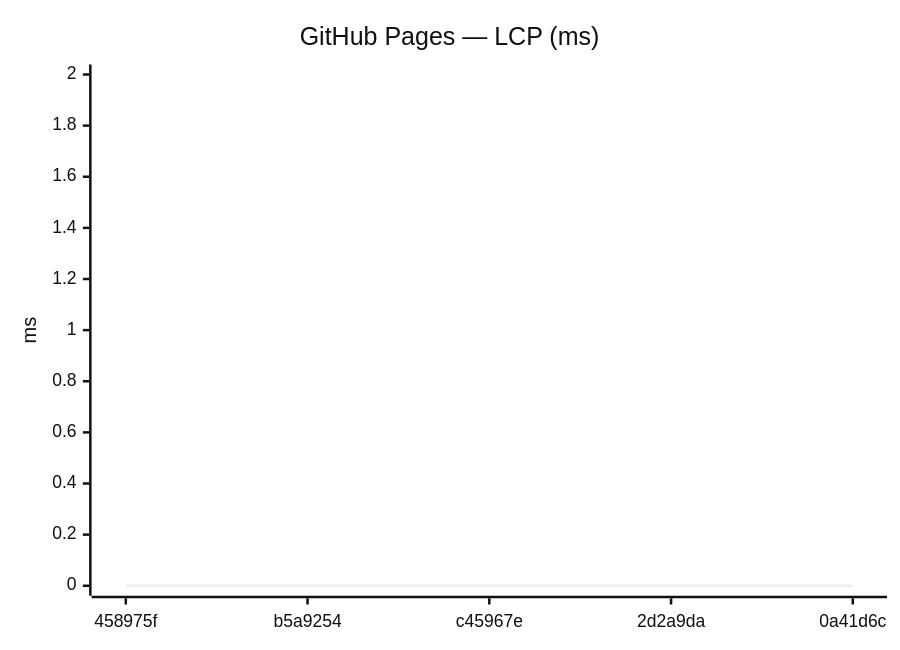
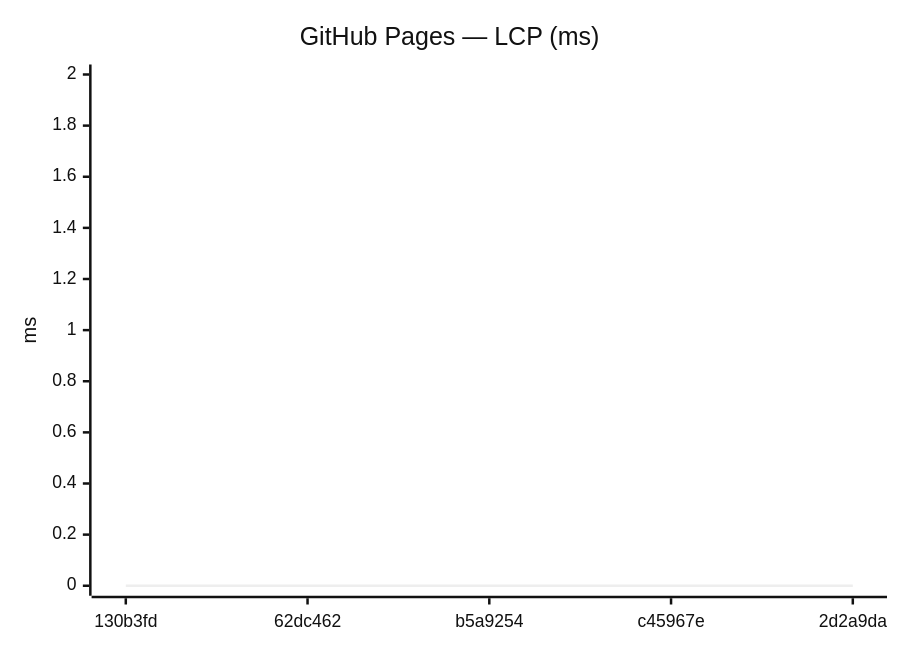
Before and after one commit to Metaheurist/Rianell: the ninth of 18 diagrams in benchmarks/compare.md, drawn with Mermaid (neutral theme). The commit also changed other lines of this file and 11 other files, not shown here.

````diff
--- a/benchmarks/compare.md
+++ b/benchmarks/compare.md
@@ -142,7 +142,7 @@
 ```mermaid
 xychart-beta
     title "GitHub Pages — LCP (ms)"
-    x-axis ["458975f", "b5a9254", "c45967e", "2d2a9da", "0a41d6c"]
+    x-axis ["130b3fd", "62dc462", "b5a9254", "c45967e", "2d2a9da"]
     y-axis "ms" 0 --> 2
     line [0, 0, 0, 0, 0]
 ```
````
